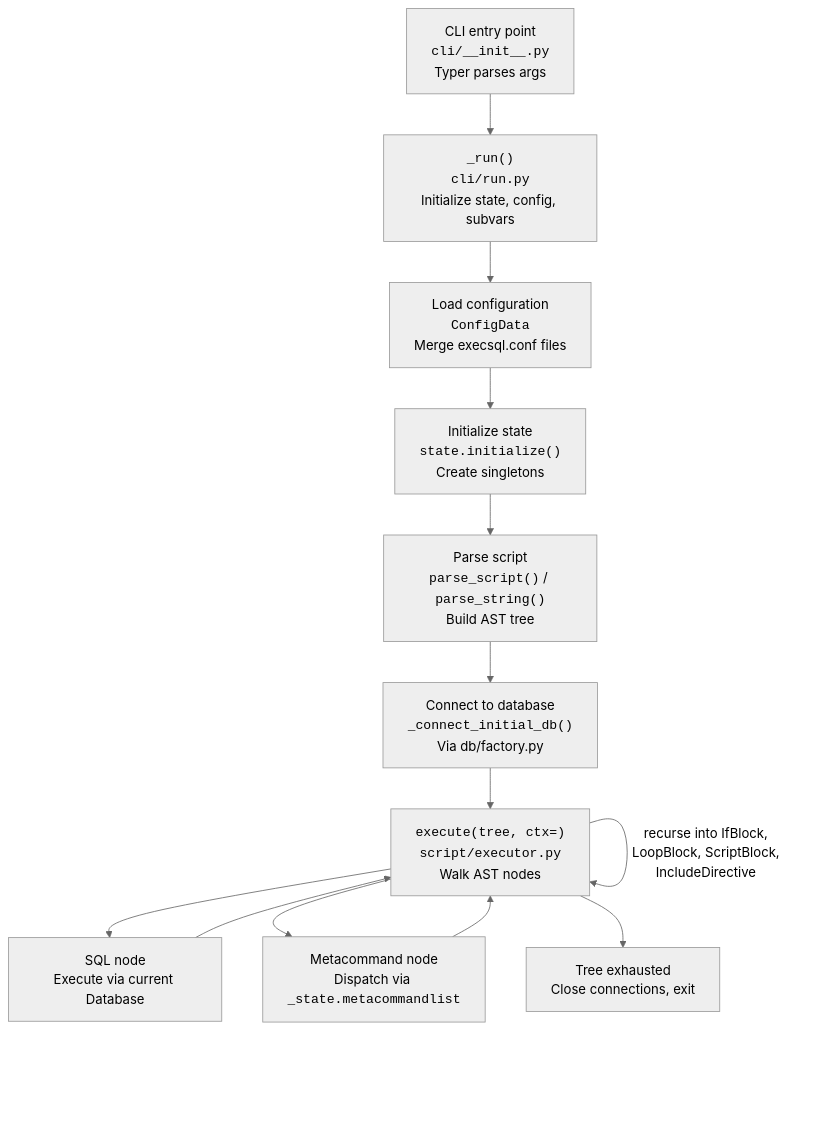
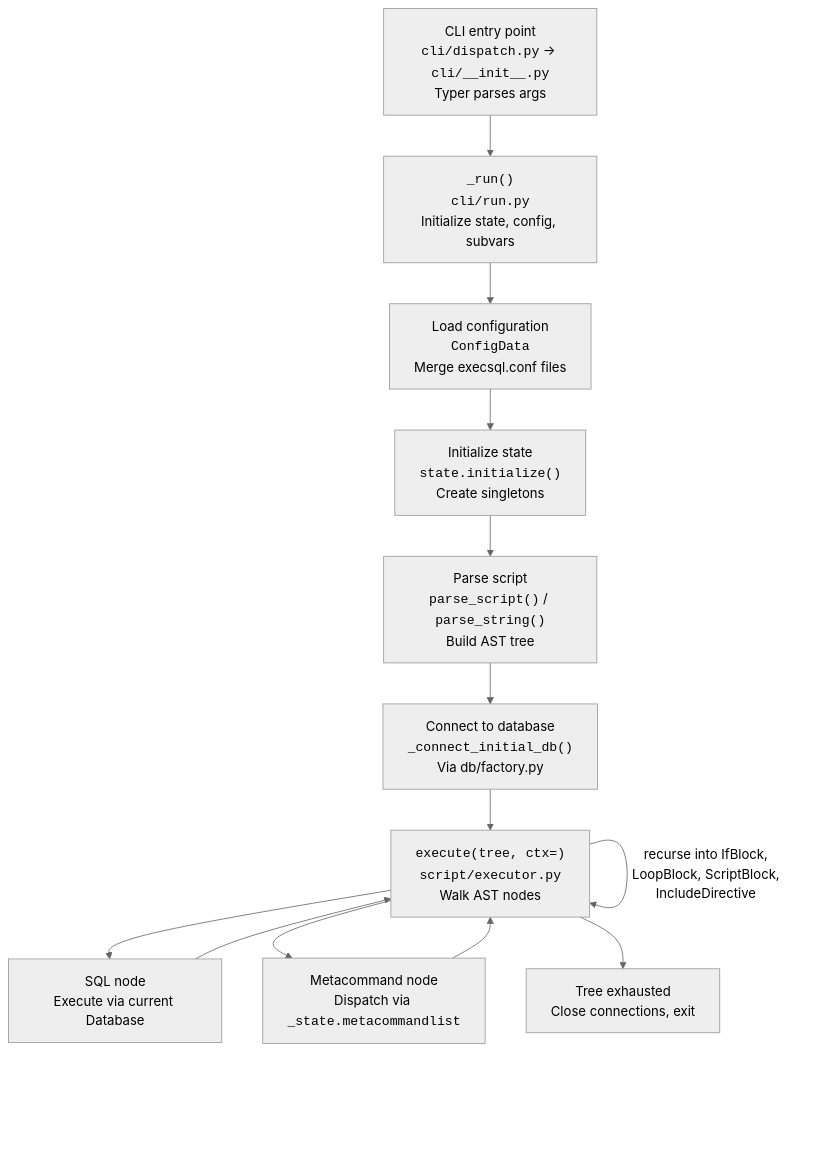
The first of 2 diagrams in docs/dev/architecture.md (geocoug/execsql), drawn with Mermaid (neutral theme) before and after one commit. The commit also changed other lines of this file and 20 other files, not shown here.

First line of the commit message:
CLI: run/format/lint commands, plain colored help, tested Typer floor (#52)

````diff
--- a/docs/dev/architecture.md
+++ b/docs/dev/architecture.md
@@ -11,26 +11,26 @@
 ```mermaid
 flowchart TD
-    CLI["CLI entry point<br/><code>cli/__init__.py</code><br/>Typer parses args"]
+    CLI["CLI entry point<br/><code>cli/dispatch.py</code> → <code>cli/__init__.py</code><br/>Typer parses args"]
     RUN["<code>_run()</code><br/><code>cli/run.py</code><br/>Initialize state, config, subvars"]
     CONF["Load configuration<br/><code>ConfigData</code><br/>Merge execsql.conf files"]
     INIT["Initialize state<br/><code>state.initialize()</code><br/>Create singletons"]
     PARSE["Parse script<br/><code>parse_script()</code> / <code>parse_string()</code><br/>Build AST tree"]
     CONNECT["Connect to database<br/><code>_connect_initial_db()</code><br/>Via db/factory.py"]
     EXEC["<code>execute(tree, ctx=)</code><br/><code>script/executor.py</code><br/>Walk AST nodes"]
     SQL["SQL node<br/>Execute via current Database"]
     META["Metacommand node<br/>Dispatch via <code>_state.metacommandlist</code>"]
     DONE["Tree exhausted<br/>Close connections, exit"]
 
     CLI --> RUN
     RUN --> CONF
     CONF --> INIT
     INIT --> PARSE
     PARSE --> CONNECT
     CONNECT --> EXEC
     EXEC --> SQL
     EXEC --> META
     EXEC -->|"recurse into IfBlock,<br/>LoopBlock, ScriptBlock,<br/>IncludeDirective"| EXEC
     SQL --> EXEC
     META --> EXEC
     EXEC --> DONE
 ```
````
